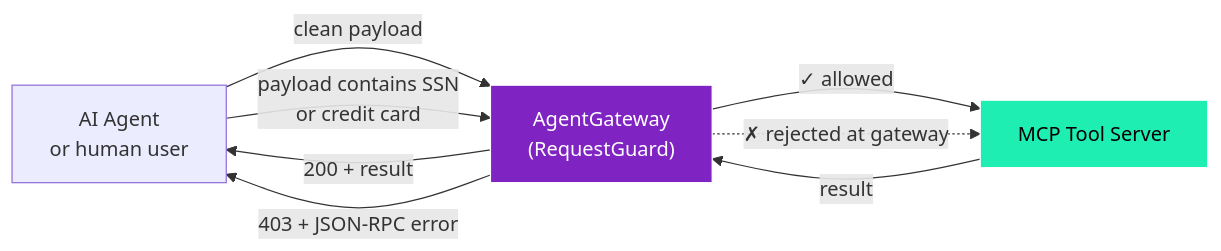
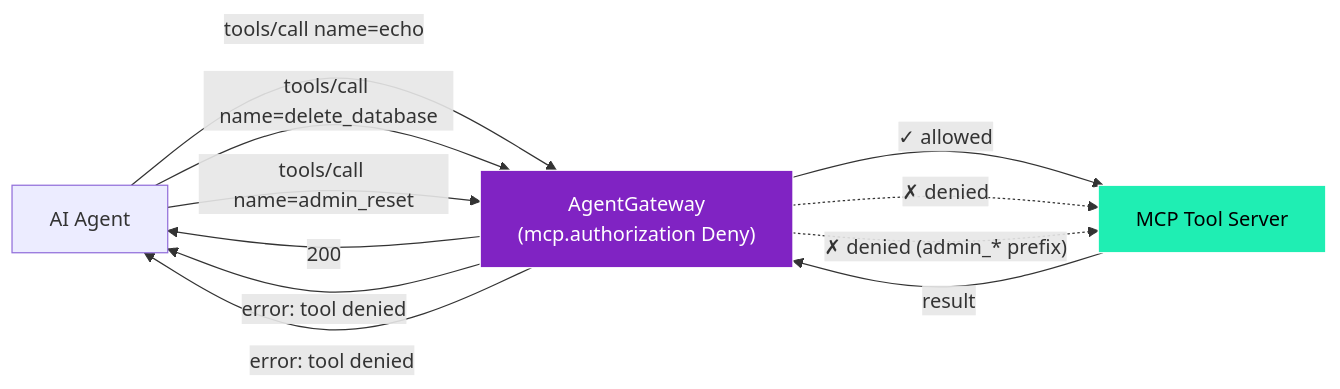
The diagram in examples/03-guardrails.md (jamesilse-solo/agentgateway-multicluster-mcp-demo), drawn with Mermaid before and after one commit. The commit also changed other lines of this file and 8 other files, not shown here.

````diff
--- a/examples/03-guardrails.md
+++ b/examples/03-guardrails.md
@@ -17,18 +30,22 @@
 ```mermaid
 flowchart LR
-    Caller["AI Agent<br/>or human user"]
-    AGW["AgentGateway<br/>(RequestGuard)"]
+    A["AI Agent"]
+    AGW["AgentGateway<br/>(mcp.authorization Deny)"]
     Tool["MCP Tool Server"]
 
-    Caller -- "clean payload" --> AGW
+    A -- "tools/call name=echo" --> AGW
     AGW -- "✓ allowed" --> Tool
     Tool -- "result" --> AGW
-    AGW -- "200 + result" --> Caller
+    AGW -- "200" --> A
 
-    Caller -- "payload contains SSN<br/>or credit card" --> AGW
-    AGW -. "✗ rejected at gateway" .-> Tool
-    AGW -- "403 + JSON-RPC error" --> Caller
+    A -- "tools/call name=delete_database" --> AGW
+    AGW -. "✗ denied" .-> Tool
+    AGW -- "error: tool denied" --> A
+
+    A -- "tools/call name=admin_reset" --> AGW
+    AGW -. "✗ denied (admin_* prefix)" .-> Tool
+    AGW -- "error: tool denied" --> A
 
     style AGW fill:#8023C3,stroke:#fff,color:#fff
     style Tool fill:#1FEEB3,stroke:#fff,color:#000
 ```
````
